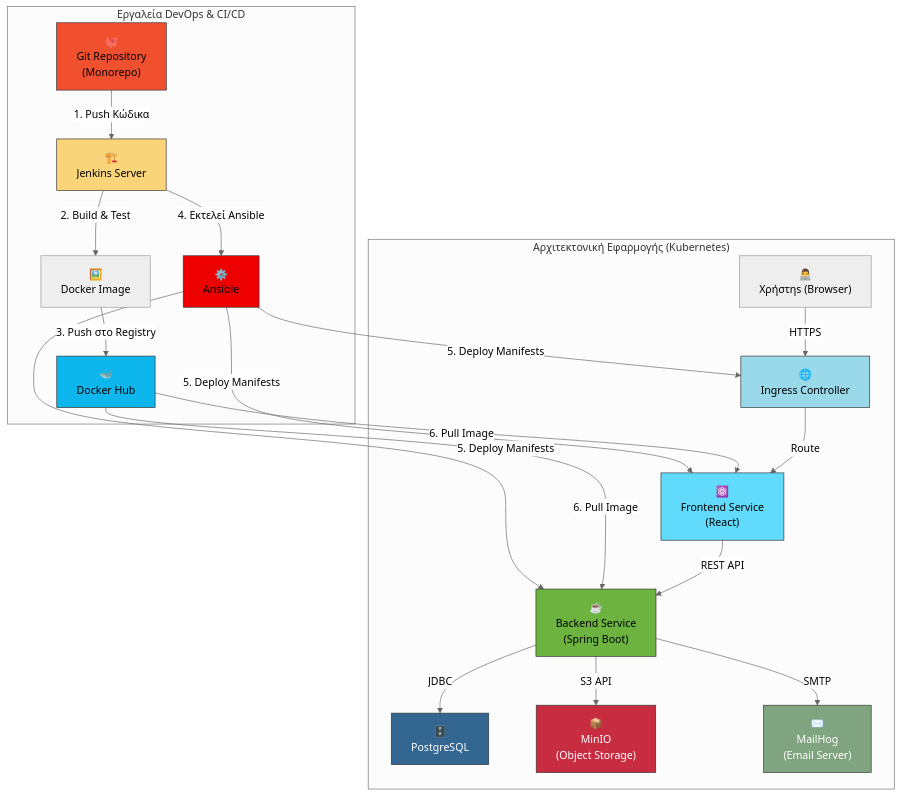
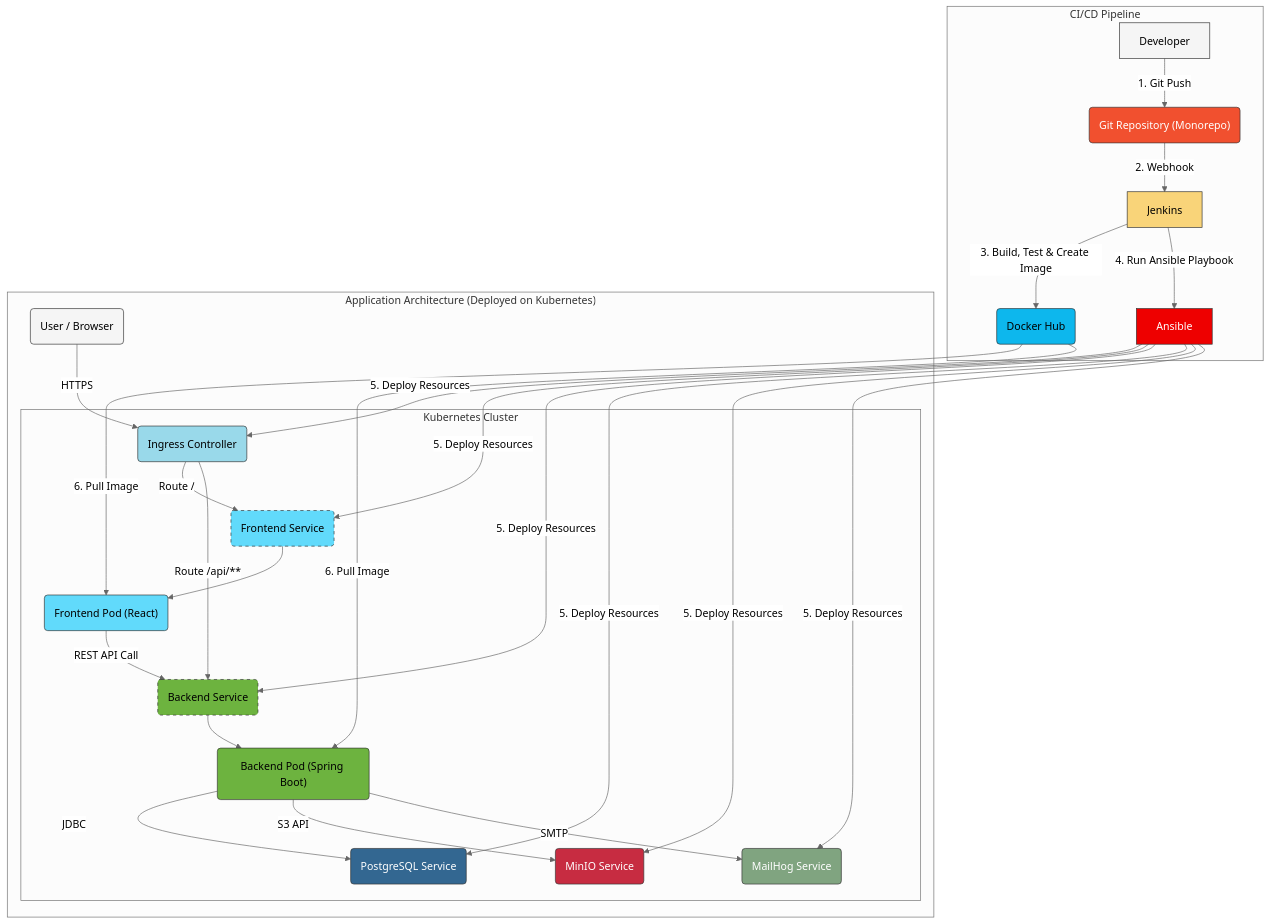
Before and after one commit to naasssssty/Freelance: the diagram in README.md, drawn with Mermaid (neutral theme).

Commit message:
README.md

````diff
--- a/README.md
+++ b/README.md
@@ -17,53 +17,53 @@
 ```mermaid
 graph TD
-    subgraph "Εργαλεία DevOps & CI/CD"
-        Git["🐙<br/>Git Repository<br/>(Monorepo)"]
-        Jenkins["🏗️<br/>Jenkins Server"]
-        DockerImage["🖼️<br/>Docker Image"]
-        DockerHub["🐳<br/>Docker Hub"]
-        Ansible["⚙️<br/>Ansible"]
+    subgraph "CI/CD Pipeline"
+        Developer["Developer"] -- "1. Git Push" --> GitRepo("Git Repository (Monorepo)");
+        GitRepo -- "2. Webhook" --> Jenkins;
+        Jenkins -- "3. Build, Test & Create Image" --> DockerHub("Docker Hub");
+        Jenkins -- "4. Run Ansible Playbook" --> Ansible;
     end
 
-    subgraph "Αρχιτεκτονική Εφαρμογής (Kubernetes)"
-        User["👨‍💻<br/>Χρήστηs (Browser)"]
-        Ingress["🌐<br/>Ingress Controller"]
-        Frontend["⚛️<br/>Frontend Service<br/>(React)"]
-        Backend["☕<br/>Backend Service<br/>(Spring Boot)"]
-        Database["🗄️<br/>PostgreSQL"]
-        MinIO["📦<br/>MinIO<br/>(Object Storage)"]
-        MailHog["✉️<br/>MailHog<br/>(Email Server)"]
+    subgraph "Application Architecture (Deployed on Kubernetes)"
+        User("User / Browser") -- "HTTPS" --> Ingress;
+        
+        subgraph "Kubernetes Cluster"
+            Ansible -- "5. Deploy Resources" --> Ingress("Ingress Controller");
+            Ansible -- "5. Deploy Resources" --> FrontendService("Frontend Service");
+            Ansible -- "5. Deploy Resources" --> BackendService("Backend Service");
+            Ansible -- "5. Deploy Resources" --> Database("PostgreSQL Service");
+            Ansible -- "5. Deploy Resources" --> Minio("MinIO Service");
+            Ansible -- "5. Deploy Resources" --> Mailhog("MailHog Service");
+
+            DockerHub -- "6. Pull Image" --> FrontendPod("Frontend Pod (React)");
+            DockerHub -- "6. Pull Image" --> BackendPod("Backend Pod (Spring Boot)");
+
+            Ingress -- "Route /" --> FrontendService;
+            Ingress -- "Route /api/**" --> BackendService;
+            
+            FrontendService --> FrontendPod;
+            BackendService --> BackendPod;
+
+            FrontendPod -- "REST API Call" --> BackendService;
+            BackendPod -- "JDBC" --> Database;
+            BackendPod -- "S3 API" --> Minio;
+            BackendPod -- "SMTP" --> Mailhog;
+        end
     end
 
-    %% CI/CD Flow
-    Git -- "1. Push Κώδικα" --> Jenkins
-    Jenkins -- "2. Build & Test" --> DockerImage
-    DockerImage -- "3. Push στο Registry" --> DockerHub
-    Jenkins -- "4. Εκτελεί Ansible" --> Ansible
-
-    %% Deployment Flow
-    Ansible -- "5. Deploy Manifests" --> Ingress
-    Ansible -- "5. Deploy Manifests" --> Frontend
-    Ansible -- "5. Deploy Manifests" --> Backend
-    DockerHub -- "6. Pull Image" --> Frontend
-    DockerHub -- "6. Pull Image" --> Backend
+    %% Styling
+    style Developer fill:#f5f5f5,stroke:#333
+    style Jenkins fill:#f9d479,stroke:#333
+    style Ansible fill:#ee0000,stroke:#333,color:white
+    style DockerHub fill:#0db7ed,stroke:#333
+    style GitRepo fill:#f1502f,stroke:#333,color:white
     
-    %% Application Flow
-    User -- "HTTPS" --> Ingress
-    Ingress -- "Route" --> Frontend
-    Frontend -- "REST API" --> Backend
-    Backend -- "JDBC" --> Database
-    Backend -- "S3 API" --> MinIO
-    Backend -- "SMTP" --> MailHog
-
-    %% Styling
-    style Jenkins fill:#f9d479,stroke:#333
-    style Ansible fill:#ee0000,stroke:#333
-    style Frontend fill:#61DAFB,stroke:#333
-    style Backend fill:#6DB33F,stroke:#333
-    style Database fill:#336791,stroke:#333,color:#fff
-    style DockerHub fill:#0db7ed,stroke:#333
-    style Git fill:#f1502f,stroke:#333
-    style MinIO fill:#c72c41,stroke:#333,color:#fff
-    style MailHog fill:#80a480,stroke:#333,color:#fff
+    style User fill:#f5f5f5,stroke:#333
     style Ingress fill:#99d9ea,stroke:#333
+    style FrontendPod fill:#61DAFB,stroke:#333
+    style BackendPod fill:#6DB33F,stroke:#333
+    style Database fill:#336791,stroke:#333,color:white
+    style Minio fill:#c72c41,stroke:#333,color:white
+    style Mailhog fill:#80a480,stroke:#333,color:white
+    style FrontendService fill:#61DAFB,stroke:#333,stroke-dasharray: 5 5
+    style BackendService fill:#6DB33F,stroke:#333,stroke-dasharray: 5 5
 ```
````
